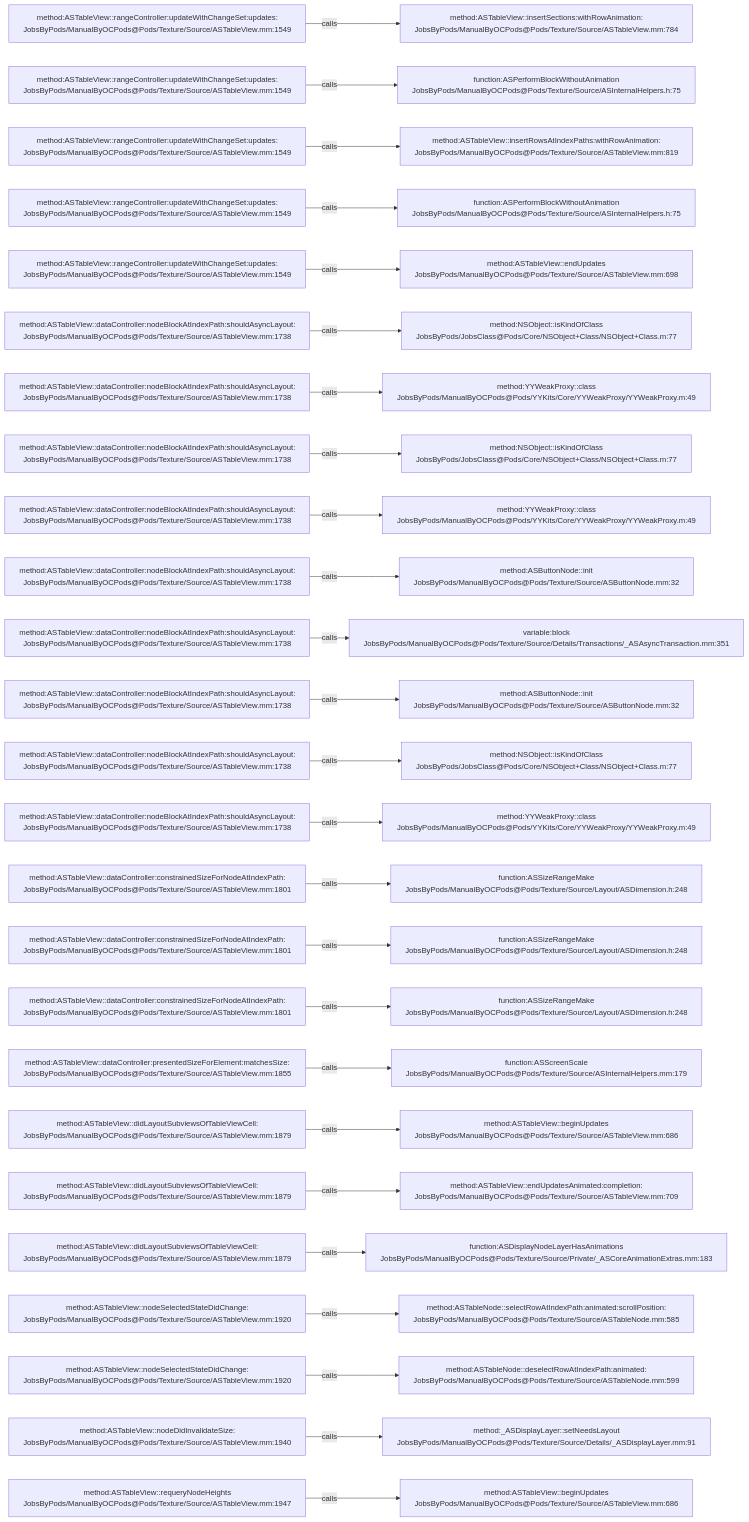
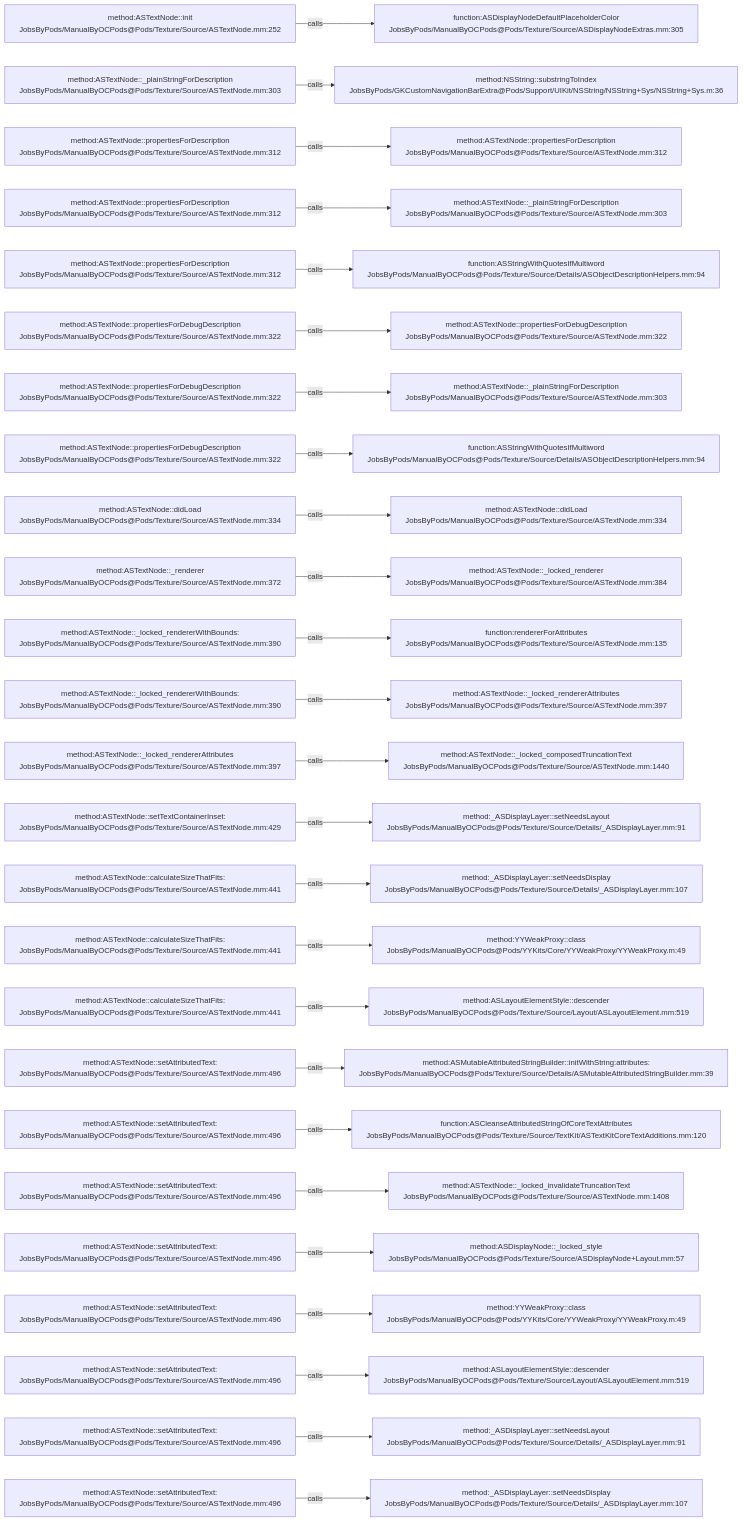
The diagram in .codegraph/codegraph.md/graphs/calls-132.md (JobsKits/JobsOCBaseConfigDemo), drawn with Mermaid before and after one commit. The commit also changed 1353 other files, not shown here.

````diff
--- a/.codegraph/codegraph.md/graphs/calls-132.md
+++ b/.codegraph/codegraph.md/graphs/calls-132.md
@@ -13,78 +13,78 @@
 ```mermaid
 flowchart LR
-  S1["method:ASTableView::rangeController:updateWithChangeSet:updates:<br/>JobsByPods/ManualByOCPods@Pods/Texture/Source/ASTableView.mm:1549"]
-  T1["method:ASTableView::insertSections:withRowAnimation:<br/>JobsByPods/ManualByOCPods@Pods/Texture/Source/ASTableView.mm:784"]
+  S1["method:ASTextNode::init<br/>JobsByPods/ManualByOCPods@Pods/Texture/Source/ASTextNode.mm:252"]
+  T1["function:ASDisplayNodeDefaultPlaceholderColor<br/>JobsByPods/ManualByOCPods@Pods/Texture/Source/ASDisplayNodeExtras.mm:305"]
   S1 -->|calls| T1
-  S2["method:ASTableView::rangeController:updateWithChangeSet:updates:<br/>JobsByPods/ManualByOCPods@Pods/Texture/Source/ASTableView.mm:1549"]
-  T2["function:ASPerformBlockWithoutAnimation<br/>JobsByPods/ManualByOCPods@Pods/Texture/Source/ASInternalHelpers.h:75"]
+  S2["method:ASTextNode::_plainStringForDescription<br/>JobsByPods/ManualByOCPods@Pods/Texture/Source/ASTextNode.mm:303"]
+  T2["method:NSString::substringToIndex<br/>JobsByPods/GKCustomNavigationBarExtra@Pods/Support/UIKit/NSString/NSString+Sys/NSString+Sys.m:36"]
   S2 -->|calls| T2
-  S3["method:ASTableView::rangeController:updateWithChangeSet:updates:<br/>JobsByPods/ManualByOCPods@Pods/Texture/Source/ASTableView.mm:1549"]
-  T3["method:ASTableView::insertRowsAtIndexPaths:withRowAnimation:<br/>JobsByPods/ManualByOCPods@Pods/Texture/Source/ASTableView.mm:819"]
+  S3["method:ASTextNode::propertiesForDescription<br/>JobsByPods/ManualByOCPods@Pods/Texture/Source/ASTextNode.mm:312"]
+  T3["method:ASTextNode::propertiesForDescription<br/>JobsByPods/ManualByOCPods@Pods/Texture/Source/ASTextNode.mm:312"]
   S3 -->|calls| T3
-  S4["method:ASTableView::rangeController:updateWithChangeSet:updates:<br/>JobsByPods/ManualByOCPods@Pods/Texture/Source/ASTableView.mm:1549"]
-  T4["function:ASPerformBlockWithoutAnimation<br/>JobsByPods/ManualByOCPods@Pods/Texture/Source/ASInternalHelpers.h:75"]
+  S4["method:ASTextNode::propertiesForDescription<br/>JobsByPods/ManualByOCPods@Pods/Texture/Source/ASTextNode.mm:312"]
+  T4["method:ASTextNode::_plainStringForDescription<br/>JobsByPods/ManualByOCPods@Pods/Texture/Source/ASTextNode.mm:303"]
   S4 -->|calls| T4
-  S5["method:ASTableView::rangeController:updateWithChangeSet:updates:<br/>JobsByPods/ManualByOCPods@Pods/Texture/Source/ASTableView.mm:1549"]
-  T5["method:ASTableView::endUpdates<br/>JobsByPods/ManualByOCPods@Pods/Texture/Source/ASTableView.mm:698"]
+  S5["method:ASTextNode::propertiesForDescription<br/>JobsByPods/ManualByOCPods@Pods/Texture/Source/ASTextNode.mm:312"]
+  T5["function:ASStringWithQuotesIfMultiword<br/>JobsByPods/ManualByOCPods@Pods/Texture/Source/Details/ASObjectDescriptionHelpers.mm:94"]
   S5 -->|calls| T5
-  S6["method:ASTableView::dataController:nodeBlockAtIndexPath:shouldAsyncLayout:<br/>JobsByPods/ManualByOCPods@Pods/Texture/Source/ASTableView.mm:1738"]
-  T6["method:NSObject::isKindOfClass<br/>JobsByPods/JobsClass@Pods/Core/NSObject+Class/NSObject+Class.m:77"]
+  S6["method:ASTextNode::propertiesForDebugDescription<br/>JobsByPods/ManualByOCPods@Pods/Texture/Source/ASTextNode.mm:322"]
+  T6["method:ASTextNode::propertiesForDebugDescription<br/>JobsByPods/ManualByOCPods@Pods/Texture/Source/ASTextNode.mm:322"]
   S6 -->|calls| T6
-  S7["method:ASTableView::dataController:nodeBlockAtIndexPath:shouldAsyncLayout:<br/>JobsByPods/ManualByOCPods@Pods/Texture/Source/ASTableView.mm:1738"]
-  T7["method:YYWeakProxy::class<br/>JobsByPods/ManualByOCPods@Pods/YYKits/Core/YYWeakProxy/YYWeakProxy.m:49"]
+  S7["method:ASTextNode::propertiesForDebugDescription<br/>JobsByPods/ManualByOCPods@Pods/Texture/Source/ASTextNode.mm:322"]
+  T7["method:ASTextNode::_plainStringForDescription<br/>JobsByPods/ManualByOCPods@Pods/Texture/Source/ASTextNode.mm:303"]
   S7 -->|calls| T7
-  S8["method:ASTableView::dataController:nodeBlockAtIndexPath:shouldAsyncLayout:<br/>JobsByPods/ManualByOCPods@Pods/Texture/Source/ASTableView.mm:1738"]
-  T8["method:NSObject::isKindOfClass<br/>JobsByPods/JobsClass@Pods/Core/NSObject+Class/NSObject+Class.m:77"]
+  S8["method:ASTextNode::propertiesForDebugDescription<br/>JobsByPods/ManualByOCPods@Pods/Texture/Source/ASTextNode.mm:322"]
+  T8["function:ASStringWithQuotesIfMultiword<br/>JobsByPods/ManualByOCPods@Pods/Texture/Source/Details/ASObjectDescriptionHelpers.mm:94"]
   S8 -->|calls| T8
-  S9["method:ASTableView::dataController:nodeBlockAtIndexPath:shouldAsyncLayout:<br/>JobsByPods/ManualByOCPods@Pods/Texture/Source/ASTableView.mm:1738"]
-  T9["method:YYWeakProxy::class<br/>JobsByPods/ManualByOCPods@Pods/YYKits/Core/YYWeakProxy/YYWeakProxy.m:49"]
+  S9["method:ASTextNode::didLoad<br/>JobsByPods/ManualByOCPods@Pods/Texture/Source/ASTextNode.mm:334"]
+  T9["method:ASTextNode::didLoad<br/>JobsByPods/ManualByOCPods@Pods/Texture/Source/ASTextNode.mm:334"]
   S9 -->|calls| T9
-  S10["method:ASTableView::dataController:nodeBlockAtIndexPath:shouldAsyncLayout:<br/>JobsByPods/ManualByOCPods@Pods/Texture/Source/ASTableView.mm:1738"]
-  T10["method:ASButtonNode::init<br/>JobsByPods/ManualByOCPods@Pods/Texture/Source/ASButtonNode.mm:32"]
+  S10["method:ASTextNode::_renderer<br/>JobsByPods/ManualByOCPods@Pods/Texture/Source/ASTextNode.mm:372"]
+  T10["method:ASTextNode::_locked_renderer<br/>JobsByPods/ManualByOCPods@Pods/Texture/Source/ASTextNode.mm:384"]
   S10 -->|calls| T10
-  S11["method:ASTableView::dataController:nodeBlockAtIndexPath:shouldAsyncLayout:<br/>JobsByPods/ManualByOCPods@Pods/Texture/Source/ASTableView.mm:1738"]
-  T11["variable:block<br/>JobsByPods/ManualByOCPods@Pods/Texture/Source/Details/Transactions/_ASAsyncTransaction.mm:351"]
+  S11["method:ASTextNode::_locked_rendererWithBounds:<br/>JobsByPods/ManualByOCPods@Pods/Texture/Source/ASTextNode.mm:390"]
+  T11["function:rendererForAttributes<br/>JobsByPods/ManualByOCPods@Pods/Texture/Source/ASTextNode.mm:135"]
   S11 -->|calls| T11
-  S12["method:ASTableView::dataController:nodeBlockAtIndexPath:shouldAsyncLayout:<br/>JobsByPods/ManualByOCPods@Pods/Texture/Source/ASTableView.mm:1738"]
-  T12["method:ASButtonNode::init<br/>JobsByPods/ManualByOCPods@Pods/Texture/Source/ASButtonNode.mm:32"]
+  S12["method:ASTextNode::_locked_rendererWithBounds:<br/>JobsByPods/ManualByOCPods@Pods/Texture/Source/ASTextNode.mm:390"]
+  T12["method:ASTextNode::_locked_rendererAttributes<br/>JobsByPods/ManualByOCPods@Pods/Texture/Source/ASTextNode.mm:397"]
   S12 -->|calls| T12
-  S13["method:ASTableView::dataController:nodeBlockAtIndexPath:shouldAsyncLayout:<br/>JobsByPods/ManualByOCPods@Pods/Texture/Source/ASTableView.mm:1738"]
-  T13["method:NSObject::isKindOfClass<br/>JobsByPods/JobsClass@Pods/Core/NSObject+Class/NSObject+Class.m:77"]
+  S13["method:ASTextNode::_locked_rendererAttributes<br/>JobsByPods/ManualByOCPods@Pods/Texture/Source/ASTextNode.mm:397"]
+  T13["method:ASTextNode::_locked_composedTruncationText<br/>JobsByPods/ManualByOCPods@Pods/Texture/Source/ASTextNode.mm:1440"]
   S13 -->|calls| T13
-  S14["method:ASTableView::dataController:nodeBlockAtIndexPath:shouldAsyncLayout:<br/>JobsByPods/ManualByOCPods@Pods/Texture/Source/ASTableView.mm:1738"]
-  T14["method:YYWeakProxy::class<br/>JobsByPods/ManualByOCPods@Pods/YYKits/Core/YYWeakProxy/YYWeakProxy.m:49"]
+  S14["method:ASTextNode::setTextContainerInset:<br/>JobsByPods/ManualByOCPods@Pods/Texture/Source/ASTextNode.mm:429"]
+  T14["method:_ASDisplayLayer::setNeedsLayout<br/>JobsByPods/ManualByOCPods@Pods/Texture/Source/Details/_ASDisplayLayer.mm:91"]
   S14 -->|calls| T14
-  S15["method:ASTableView::dataController:constrainedSizeForNodeAtIndexPath:<br/>JobsByPods/ManualByOCPods@Pods/Texture/Source/ASTableView.mm:1801"]
-  T15["function:ASSizeRangeMake<br/>JobsByPods/ManualByOCPods@Pods/Texture/Source/Layout/ASDimension.h:248"]
+  S15["method:ASTextNode::calculateSizeThatFits:<br/>JobsByPods/ManualByOCPods@Pods/Texture/Source/ASTextNode.mm:441"]
+  T15["method:_ASDisplayLayer::setNeedsDisplay<br/>JobsByPods/ManualByOCPods@Pods/Texture/Source/Details/_ASDisplayLayer.mm:107"]
   S15 -->|calls| T15
-  S16["method:ASTableView::dataController:constrainedSizeForNodeAtIndexPath:<br/>JobsByPods/ManualByOCPods@Pods/Texture/Source/ASTableView.mm:1801"]
-  T16["function:ASSizeRangeMake<br/>JobsByPods/ManualByOCPods@Pods/Texture/Source/Layout/ASDimension.h:248"]
+  S16["method:ASTextNode::calculateSizeThatFits:<br/>JobsByPods/ManualByOCPods@Pods/Texture/Source/ASTextNode.mm:441"]
+  T16["method:YYWeakProxy::class<br/>JobsByPods/ManualByOCPods@Pods/YYKits/Core/YYWeakProxy/YYWeakProxy.m:49"]
   S16 -->|calls| T16
-  S17["method:ASTableView::dataController:constrainedSizeForNodeAtIndexPath:<br/>JobsByPods/ManualByOCPods@Pods/Texture/Source/ASTableView.mm:1801"]
-  T17["function:ASSizeRangeMake<br/>JobsByPods/ManualByOCPods@Pods/Texture/Source/Layout/ASDimension.h:248"]
+  S17["method:ASTextNode::calculateSizeThatFits:<br/>JobsByPods/ManualByOCPods@Pods/Texture/Source/ASTextNode.mm:441"]
+  T17["method:ASLayoutElementStyle::descender<br/>JobsByPods/ManualByOCPods@Pods/Texture/Source/Layout/ASLayoutElement.mm:519"]
   S17 -->|calls| T17
-  S18["method:ASTableView::dataController:presentedSizeForElement:matchesSize:<br/>JobsByPods/ManualByOCPods@Pods/Texture/Source/ASTableView.mm:1855"]
-  T18["function:ASScreenScale<br/>JobsByPods/ManualByOCPods@Pods/Texture/Source/ASInternalHelpers.mm:179"]
+  S18["method:ASTextNode::setAttributedText:<br/>JobsByPods/ManualByOCPods@Pods/Texture/Source/ASTextNode.mm:496"]
+  T18["method:ASMutableAttributedStringBuilder::initWithString:attributes:<br/>JobsByPods/ManualByOCPods@Pods/Texture/Source/Details/ASMutableAttributedStringBuilder.mm:39"]
   S18 -->|calls| T18
-  S19["method:ASTableView::didLayoutSubviewsOfTableViewCell:<br/>JobsByPods/ManualByOCPods@Pods/Texture/Source/ASTableView.mm:1879"]
-  T19["method:ASTableView::beginUpdates<br/>JobsByPods/ManualByOCPods@Pods/Texture/Source/ASTableView.mm:686"]
+  S19["method:ASTextNode::setAttributedText:<br/>JobsByPods/ManualByOCPods@Pods/Texture/Source/ASTextNode.mm:496"]
+  T19["function:ASCleanseAttributedStringOfCoreTextAttributes<br/>JobsByPods/ManualByOCPods@Pods/Texture/Source/TextKit/ASTextKitCoreTextAdditions.mm:120"]
   S19 -->|calls| T19
-  S20["method:ASTableView::didLayoutSubviewsOfTableViewCell:<br/>JobsByPods/ManualByOCPods@Pods/Texture/Source/ASTableView.mm:1879"]
-  T20["method:ASTableView::endUpdatesAnimated:completion:<br/>JobsByPods/ManualByOCPods@Pods/Texture/Source/ASTableView.mm:709"]
+  S20["method:ASTextNode::setAttributedText:<br/>JobsByPods/ManualByOCPods@Pods/Texture/Source/ASTextNode.mm:496"]
+  T20["method:ASTextNode::_locked_invalidateTruncationText<br/>JobsByPods/ManualByOCPods@Pods/Texture/Source/ASTextNode.mm:1408"]
   S20 -->|calls| T20
-  S21["method:ASTableView::didLayoutSubviewsOfTableViewCell:<br/>JobsByPods/ManualByOCPods@Pods/Texture/Source/ASTableView.mm:1879"]
-  T21["function:ASDisplayNodeLayerHasAnimations<br/>JobsByPods/ManualByOCPods@Pods/Texture/Source/Private/_ASCoreAnimationExtras.mm:183"]
+  S21["method:ASTextNode::setAttributedText:<br/>JobsByPods/ManualByOCPods@Pods/Texture/Source/ASTextNode.mm:496"]
+  T21["method:ASDisplayNode::_locked_style<br/>JobsByPods/ManualByOCPods@Pods/Texture/Source/ASDisplayNode+Layout.mm:57"]
   S21 -->|calls| T21
-  S22["method:ASTableView::nodeSelectedStateDidChange:<br/>JobsByPods/ManualByOCPods@Pods/Texture/Source/ASTableView.mm:1920"]
-  T22["method:ASTableNode::selectRowAtIndexPath:animated:scrollPosition:<br/>JobsByPods/ManualByOCPods@Pods/Texture/Source/ASTableNode.mm:585"]
+  S22["method:ASTextNode::setAttributedText:<br/>JobsByPods/ManualByOCPods@Pods/Texture/Source/ASTextNode.mm:496"]
+  T22["method:YYWeakProxy::class<br/>JobsByPods/ManualByOCPods@Pods/YYKits/Core/YYWeakProxy/YYWeakProxy.m:49"]
   S22 -->|calls| T22
-  S23["method:ASTableView::nodeSelectedStateDidChange:<br/>JobsByPods/ManualByOCPods@Pods/Texture/Source/ASTableView.mm:1920"]
-  T23["method:ASTableNode::deselectRowAtIndexPath:animated:<br/>JobsByPods/ManualByOCPods@Pods/Texture/Source/ASTableNode.mm:599"]
+  S23["method:ASTextNode::setAttributedText:<br/>JobsByPods/ManualByOCPods@Pods/Texture/Source/ASTextNode.mm:496"]
+  T23["method:ASLayoutElementStyle::descender<br/>JobsByPods/ManualByOCPods@Pods/Texture/Source/Layout/ASLayoutElement.mm:519"]
   S23 -->|calls| T23
-  S24["method:ASTableView::nodeDidInvalidateSize:<br/>JobsByPods/ManualByOCPods@Pods/Texture/Source/ASTableView.mm:1940"]
+  S24["method:ASTextNode::setAttributedText:<br/>JobsByPods/ManualByOCPods@Pods/Texture/Source/ASTextNode.mm:496"]
   T24["method:_ASDisplayLayer::setNeedsLayout<br/>JobsByPods/ManualByOCPods@Pods/Texture/Source/Details/_ASDisplayLayer.mm:91"]
   S24 -->|calls| T24
-  S25["method:ASTableView::requeryNodeHeights<br/>JobsByPods/ManualByOCPods@Pods/Texture/Source/ASTableView.mm:1947"]
-  T25["method:ASTableView::beginUpdates<br/>JobsByPods/ManualByOCPods@Pods/Texture/Source/ASTableView.mm:686"]
+  S25["method:ASTextNode::setAttributedText:<br/>JobsByPods/ManualByOCPods@Pods/Texture/Source/ASTextNode.mm:496"]
+  T25["method:_ASDisplayLayer::setNeedsDisplay<br/>JobsByPods/ManualByOCPods@Pods/Texture/Source/Details/_ASDisplayLayer.mm:107"]
   S25 -->|calls| T25
 ```
````
